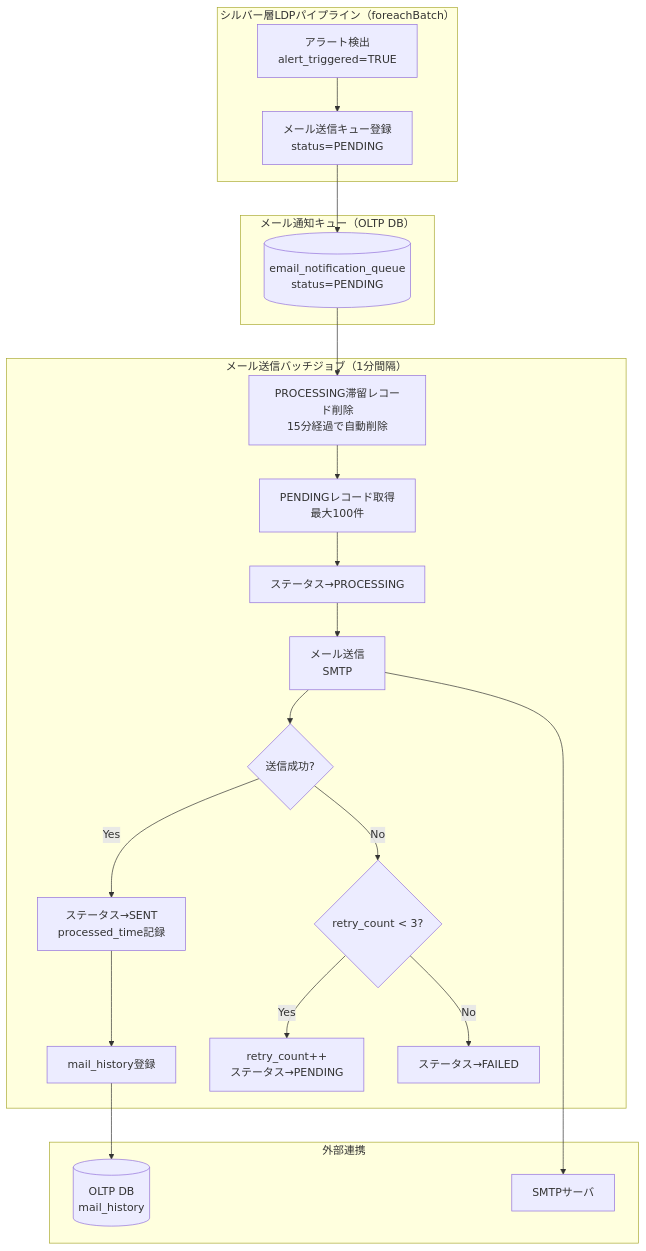
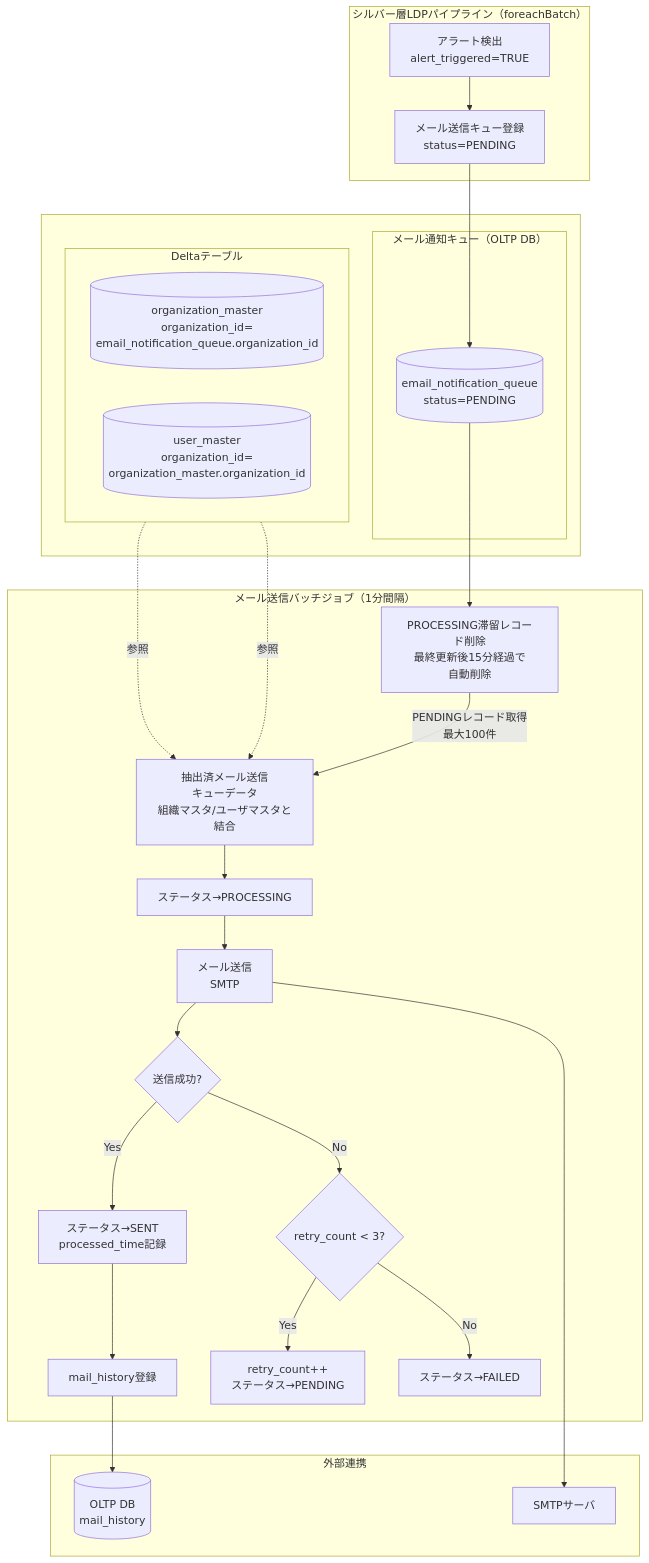
One commit to NSW-SVCP-AIWG002/Databricks-IoT changed the first of 2 diagrams in docs/03-features/batch/scheduled-email-job/README.md. Above: the diagram before and after it, drawn with Mermaid. The commit also changed other lines of this file and 9 other files, not shown here.

````diff
--- a/docs/03-features/batch/scheduled-email-job/README.md
+++ b/docs/03-features/batch/scheduled-email-job/README.md
@@ -96,45 +124,55 @@
 ```mermaid
 flowchart TB
     subgraph Silver["シルバー層LDPパイプライン（foreachBatch）"]
         AlertDetect[アラート検出<br>alert_triggered=TRUE]
         QueueInsert[メール送信キュー登録<br>status=PENDING]
         AlertDetect --> QueueInsert
     end
 
-    subgraph Queue["メール通知キュー（OLTP DB）"]
-        PendingRecord[(email_notification_queue<br>status=PENDING)]
-        QueueInsert --> PendingRecord
+    subgraph  
+        subgraph Queue["メール通知キュー（OLTP DB）"]
+            PendingRecord[(email_notification_queue<br>status=PENDING)]
+            QueueInsert --> PendingRecord
+        end
+
+        subgraph DLTTBL["Deltaテーブル"]
+            direction LR
+            OrganizationMaster[(organization_master<br>organization_id=<br>email_notification_queue.organization_id)]
+            UserMaster[(user_master<br>organization_id=<br>organization_master.organization_id)]
+        end
     end
 
     subgraph Batch["メール送信バッチジョブ（1分間隔）"]
-        Recovery[PROCESSING滞留レコード削除<br>15分経過で自動削除]
-        Fetch[PENDINGレコード取得<br>最大100件]
+        Recovery[PROCESSING滞留レコード削除<br>最終更新後15分経過で<br>自動削除]
+        Fetch[抽出済メール送信<br>キューデータ<br>組織マスタ/ユーザマスタと結合]
         UpdateProcessing[ステータス→PROCESSING]
         SendEmail[メール送信<br>SMTP]
         Success{送信成功?}
         UpdateSent[ステータス→SENT<br>processed_time記録]
         CheckRetry{retry_count < 3?}
         UpdatePending[retry_count++<br>ステータス→PENDING]
         UpdateFailed[ステータス→FAILED]
         RecordHistory[mail_history登録]
 
-        Recovery --> Fetch
+        Recovery -->|PENDINGレコード取得<br>最大100件| Fetch
         Fetch --> UpdateProcessing
         UpdateProcessing --> SendEmail
         SendEmail --> Success
         Success -->|Yes| UpdateSent
         Success -->|No| CheckRetry
         CheckRetry -->|Yes| UpdatePending
         CheckRetry -->|No| UpdateFailed
         UpdateSent --> RecordHistory
     end
 
     subgraph External["外部連携"]
         SMTP[SMTPサーバ]
         MailHistory[(OLTP DB<br>mail_history)]
         SendEmail --> SMTP
         RecordHistory --> MailHistory
     end
 
     PendingRecord --> Recovery
+    OrganizationMaster -.->|参照| Fetch
+    UserMaster -.->|参照| Fetch
 ```
````
